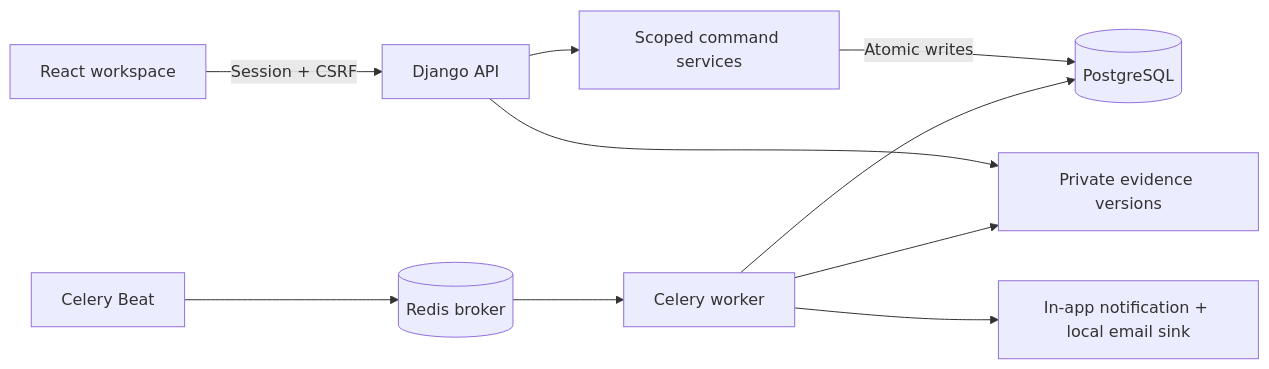
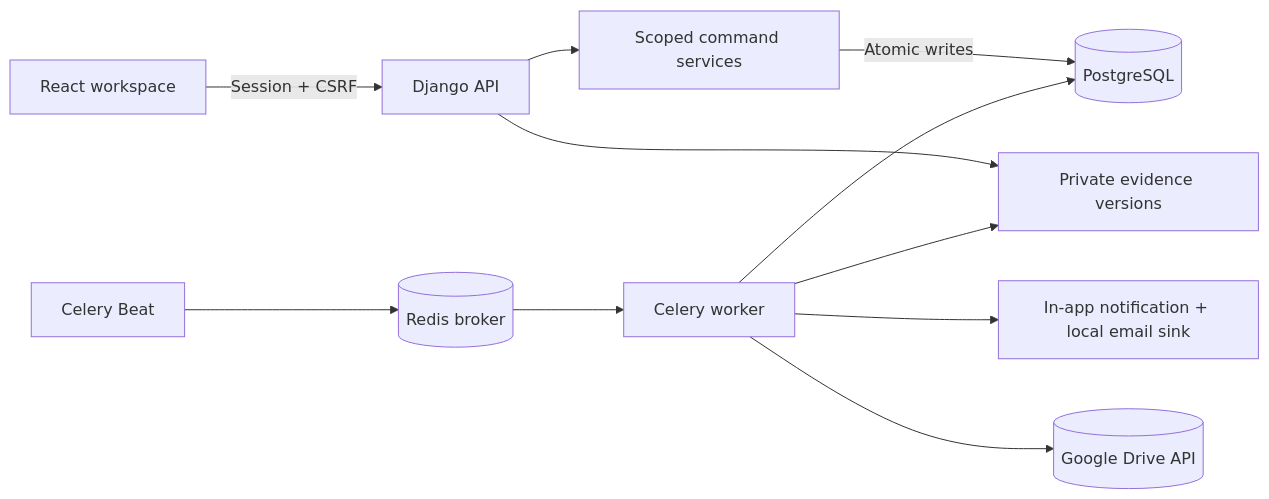
Before and after one commit to Shazeen899/Anumati: the diagram in docs/ARCHITECTURE.md, drawn with Mermaid. The commit also changed other lines of this file and 16 other files, not shown here.

````diff
--- a/docs/ARCHITECTURE.md
+++ b/docs/ARCHITECTURE.md
@@ -3,12 +3,13 @@
 ```mermaid
 flowchart LR
   React[React workspace] -->|Session + CSRF| Django[Django API]
   Django --> Commands[Scoped command services]
   Commands -->|Atomic writes| PG[(PostgreSQL)]
   Django --> Files[Private evidence versions]
   Beat[Celery Beat] --> Redis[(Redis broker)]
   Redis --> Worker[Celery worker]
   Worker --> PG
   Worker --> Files
   Worker --> Delivery[In-app notification + local email sink]
+  Worker --> Drive[(Google Drive API)]
 ```
````
